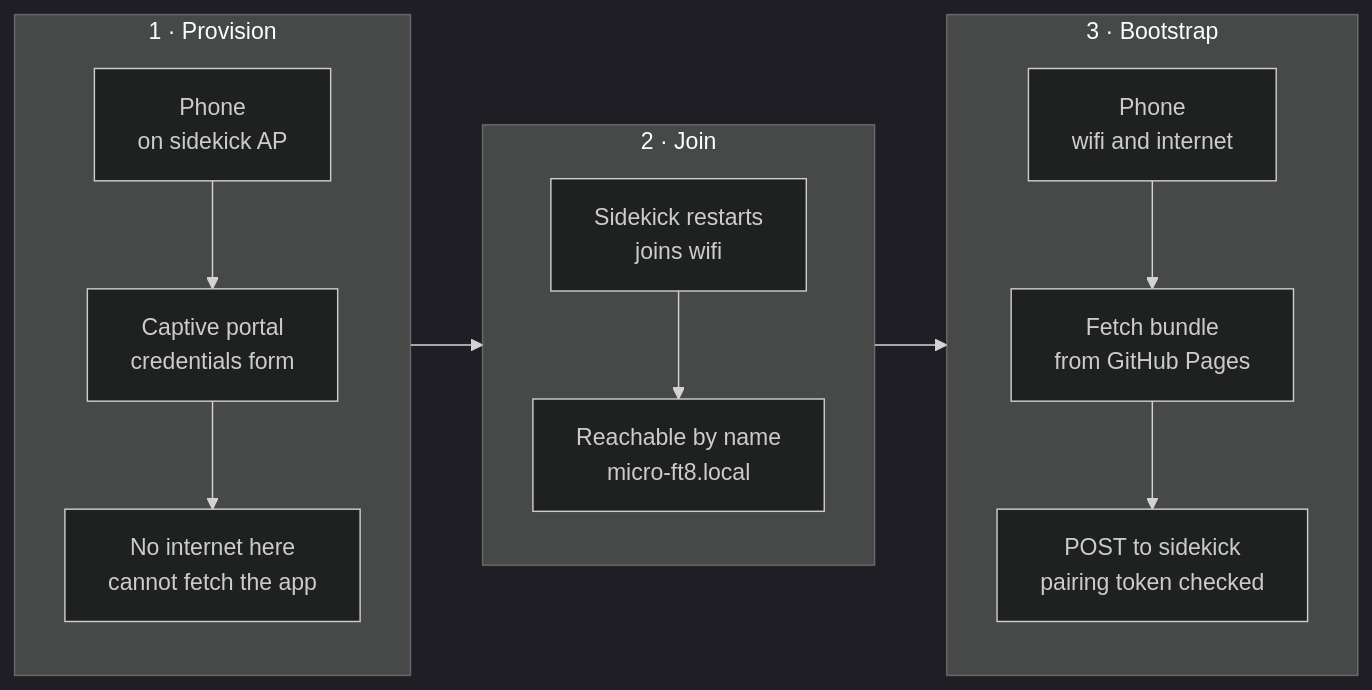
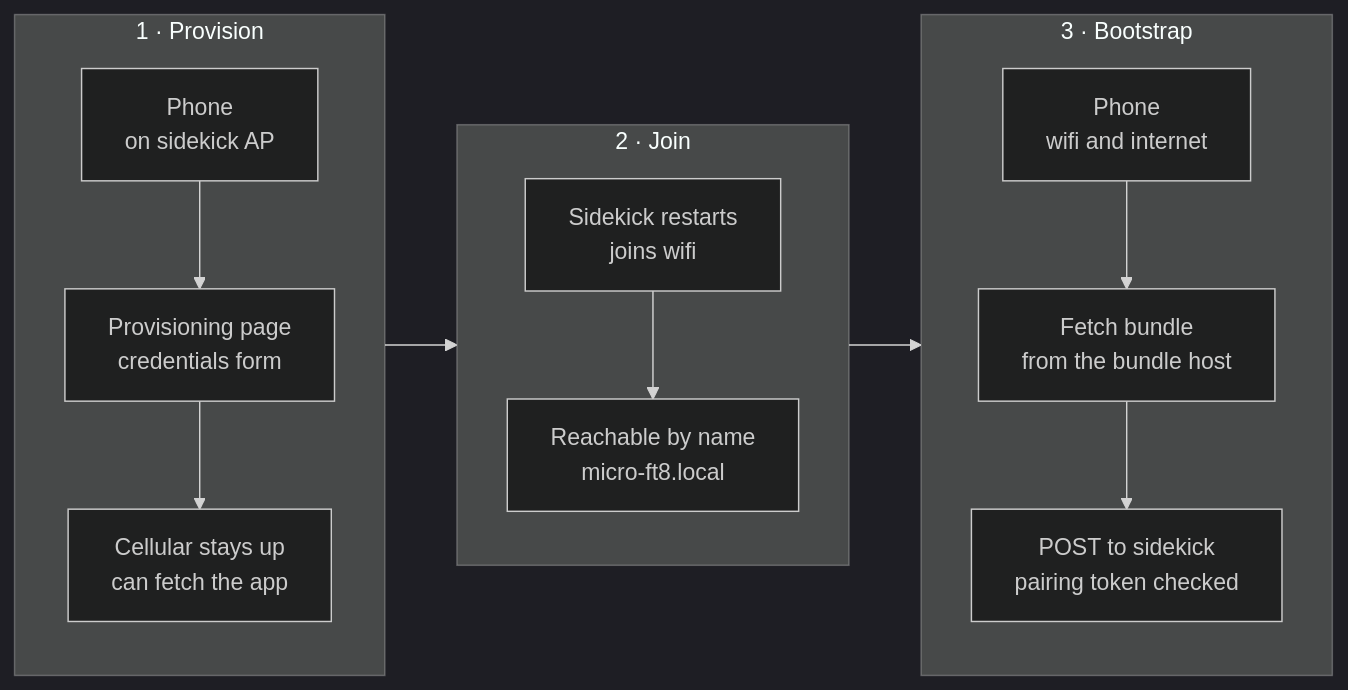
The second of 3 diagrams in docs/rfcs/0004-headless-web-architecture.md (kb2slo/micro-ft8), drawn with Mermaid (dark theme) before and after one commit. The commit also changed other lines of this file and 3 other files, not shown here.

Commit message:
docs: the phone keeps cellular on the sidekick's AP (iPhone, B75 pass 2026-09-23) -- correct RFC 0004 §1/§5/§12.2, drop answered I19, move its mDNS note to f36a

````diff
--- a/docs/rfcs/0004-headless-web-architecture.md
+++ b/docs/rfcs/0004-headless-web-architecture.md
@@ -309,15 +307,15 @@
 ```mermaid
 flowchart LR
     subgraph s1["1 · Provision"]
-        p1["Phone<br/>on sidekick AP"] --> cp["Captive portal<br/>credentials form"]
-        cp --> ni["No internet here<br/>cannot fetch the app"]
+        p1["Phone<br/>on sidekick AP"] --> cp["Provisioning page<br/>credentials form"]
+        cp --> ni["Cellular stays up<br/>can fetch the app"]
     end
     subgraph s2["2 · Join"]
         rs["Sidekick restarts<br/>joins wifi"] --> md["Reachable by name<br/>micro-ft8.local"]
     end
     subgraph s3["3 · Bootstrap"]
-        p3["Phone<br/>wifi and internet"] --> fb["Fetch bundle<br/>from GitHub Pages"]
+        p3["Phone<br/>wifi and internet"] --> fb["Fetch bundle<br/>from the bundle host"]
         fb --> po["POST to sidekick<br/>pairing token checked"]
     end
     s1 --> s2 --> s3
 ```
````
